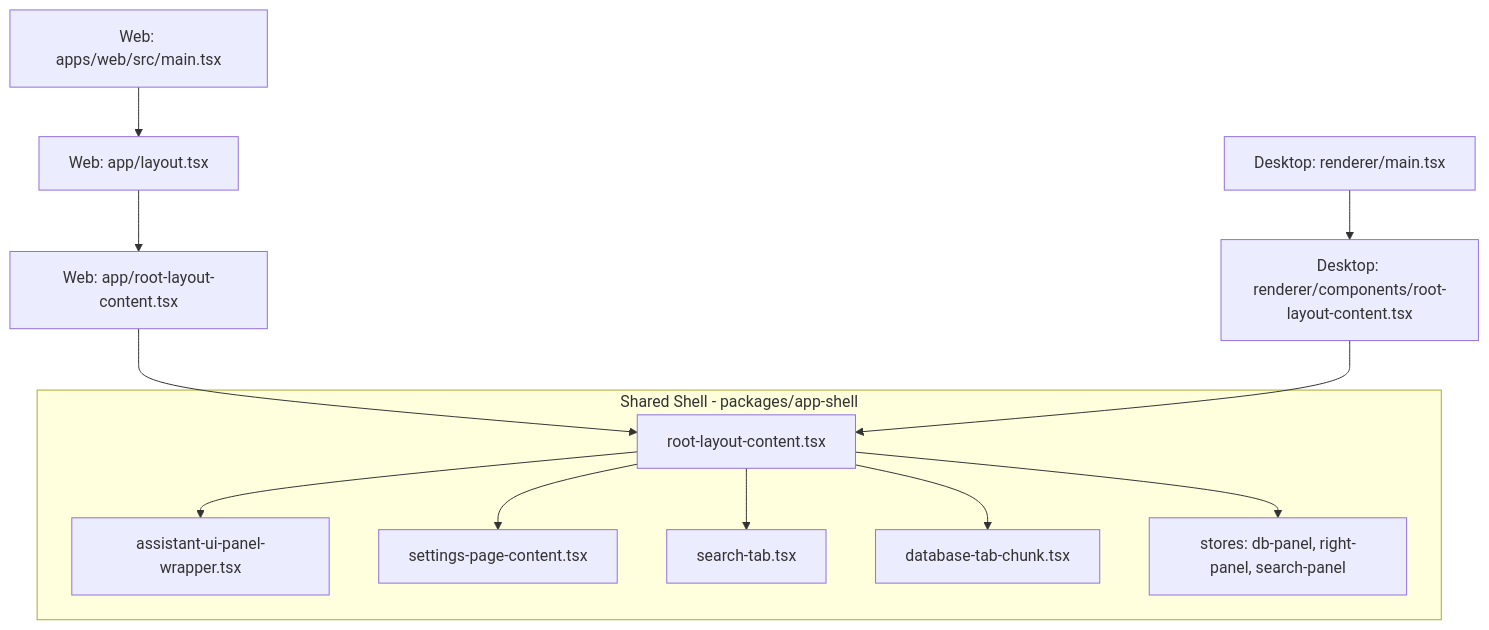
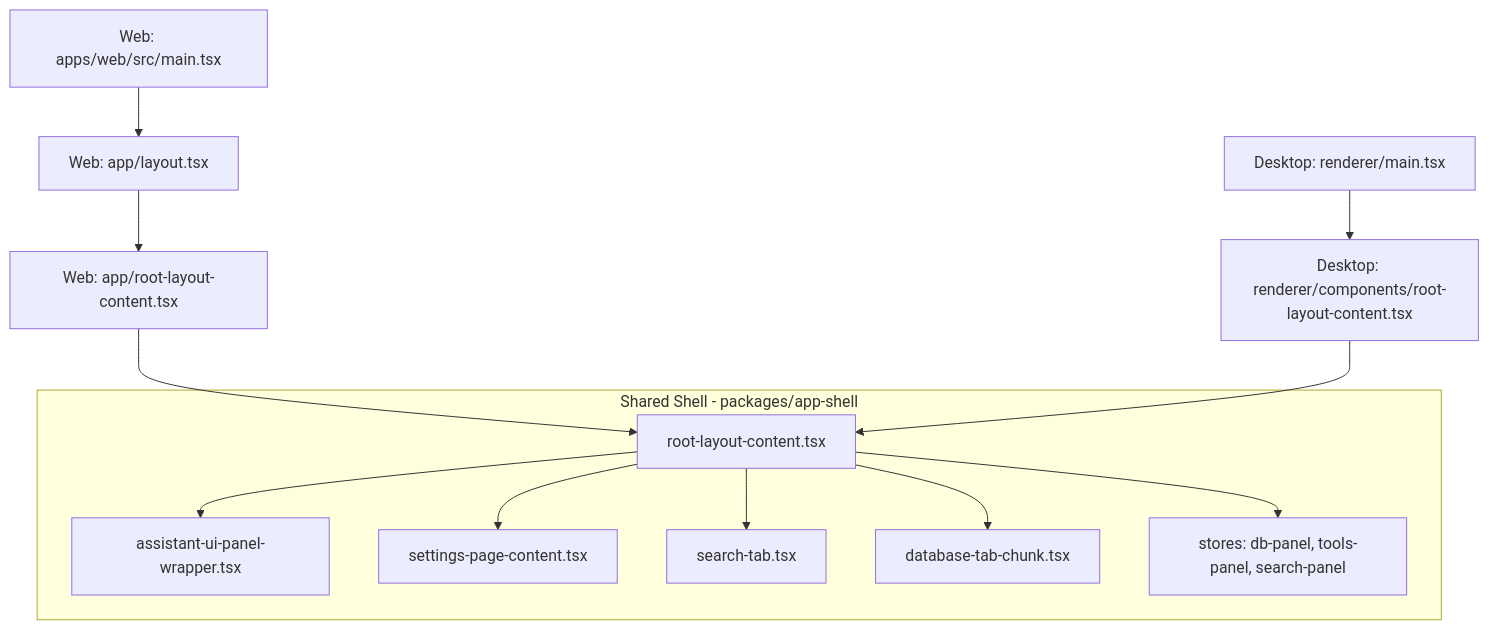
One commit to seandearnaley/brainstrike changed the first of 4 diagrams in docs/brainstrike-frontend-architecture.md. Above: the diagram before and after it, drawn with Mermaid. The commit also changed other lines of this file and 20 other files, not shown here.

Commit message:
BST-25: rename tools panel store

````diff
--- a/docs/brainstrike-frontend-architecture.md
+++ b/docs/brainstrike-frontend-architecture.md
@@ -17,24 +17,24 @@
 ```mermaid
 graph TD
   A["Web: apps/web/src/main.tsx"] --> B["Web: app/layout.tsx"]
   B --> C["Web: app/root-layout-content.tsx"]
 
   D["Desktop: renderer/main.tsx"] --> E["Desktop: renderer/components/root-layout-content.tsx"]
 
   subgraph SS["Shared Shell - packages/app-shell"]
     F["root-layout-content.tsx"]
     G["assistant-ui-panel-wrapper.tsx"]
     H["settings-page-content.tsx"]
     I["search-tab.tsx"]
     J["database-tab-chunk.tsx"]
-    K["stores: db-panel, right-panel, search-panel"]
+    K["stores: db-panel, tools-panel, search-panel"]
   end
 
   C --> F
   E --> F
   F --> G
   F --> I
   F --> J
   F --> H
   F --> K
 ```
````
